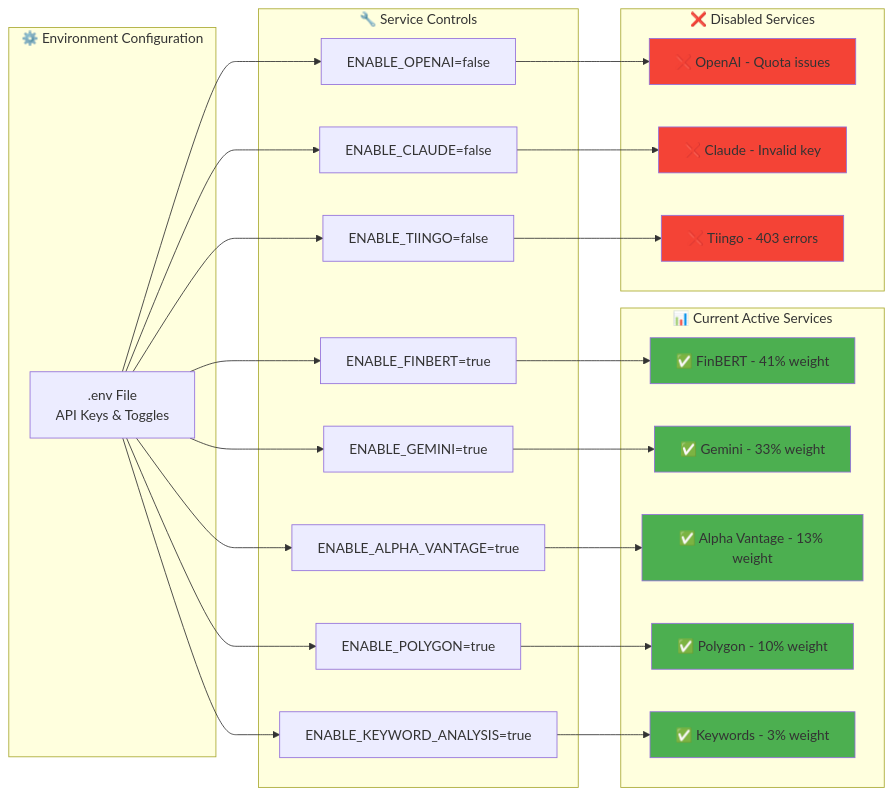
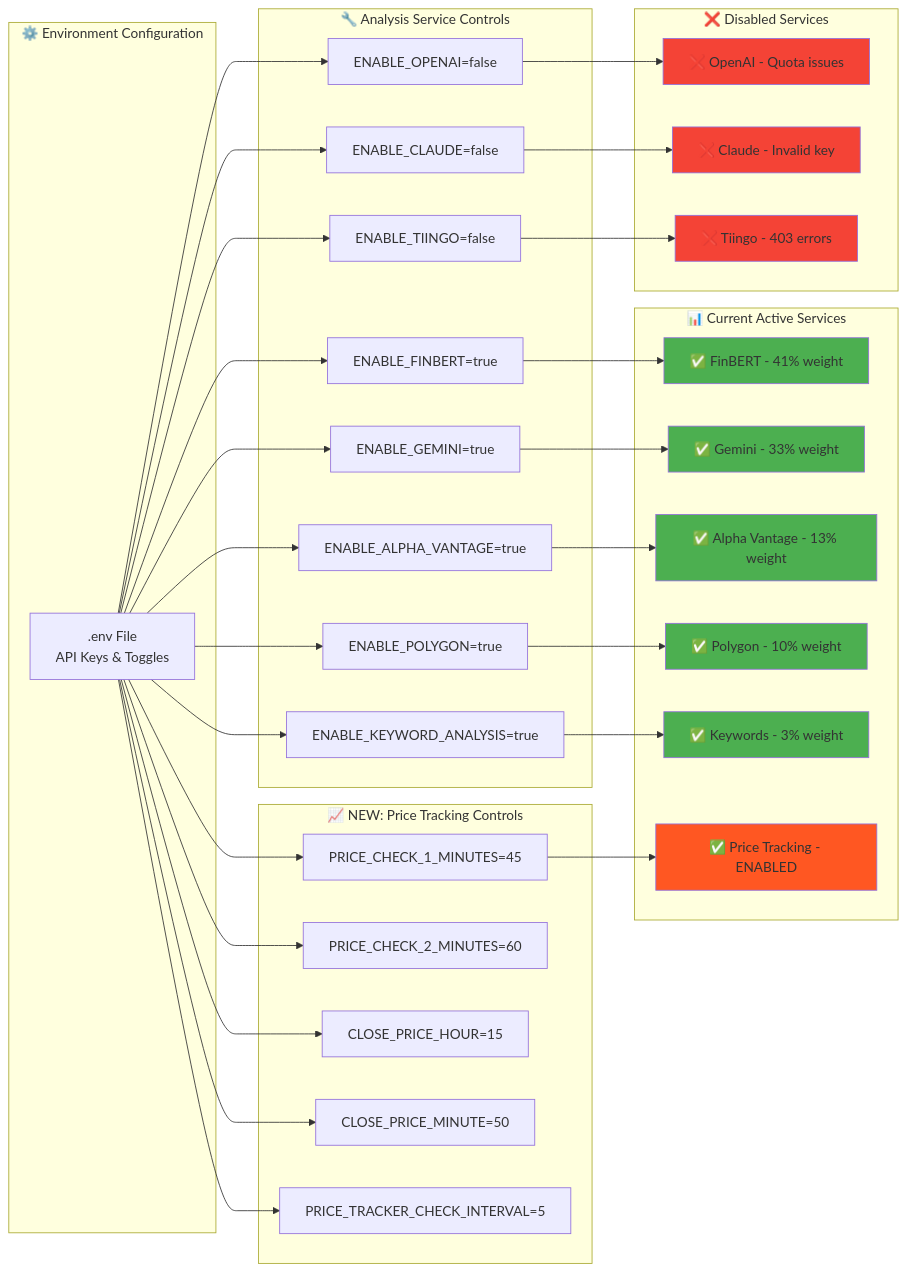
The ninth of 11 diagrams in news_cruncher/README.md (jaygasi/news_analyzer), drawn with Mermaid before and after one commit. The commit also changed other lines of this file and 7 other files, not shown here.

Commit message:
Finalizing changes for v1.3.0-stable-price-tracker

````diff
--- a/news_cruncher/README.md
+++ b/news_cruncher/README.md
@@ -283,59 +411,75 @@
 ```mermaid
 flowchart LR
     subgraph "⚙️ Environment Configuration"
         ENV[.env File<br/>API Keys & Toggles]
     end
     
-    subgraph "🔧 Service Controls"
+    subgraph "🔧 Analysis Service Controls"
         FINBERT[ENABLE_FINBERT=true]
         GEMINI[ENABLE_GEMINI=true]
         OPENAI[ENABLE_OPENAI=false]
         CLAUDE[ENABLE_CLAUDE=false]
         ALPHAV[ENABLE_ALPHA_VANTAGE=true]
         POLYGON[ENABLE_POLYGON=true]
         TIINGO[ENABLE_TIINGO=false]
         KEYWORDS[ENABLE_KEYWORD_ANALYSIS=true]
     end
     
+    subgraph "📈 NEW: Price Tracking Controls"
+        PRICE_CHECK_1[PRICE_CHECK_1_MINUTES=45]
+        PRICE_CHECK_2[PRICE_CHECK_2_MINUTES=60]
+        CLOSE_HOUR[CLOSE_PRICE_HOUR=15]
+        CLOSE_MIN[CLOSE_PRICE_MINUTE=50]
+        CHECK_FREQ[PRICE_TRACKER_CHECK_INTERVAL=5]
+    end
+    
     subgraph "📊 Current Active Services"
         Active1[✅ FinBERT - 41% weight]
         Active2[✅ Gemini - 33% weight]
         Active3[✅ Alpha Vantage - 13% weight]
         Active4[✅ Polygon - 10% weight]
         Active5[✅ Keywords - 3% weight]
+        Active6[✅ Price Tracking - ENABLED]
     end
     
     subgraph "❌ Disabled Services"
         Disabled1[❌ OpenAI - Quota issues]
         Disabled2[❌ Claude - Invalid key]
         Disabled3[❌ Tiingo - 403 errors]
     end
     
     ENV --> FINBERT
     ENV --> GEMINI
     ENV --> OPENAI
     ENV --> CLAUDE
     ENV --> ALPHAV
     ENV --> POLYGON
     ENV --> TIINGO
     ENV --> KEYWORDS
+    ENV --> PRICE_CHECK_1
+    ENV --> PRICE_CHECK_2
+    ENV --> CLOSE_HOUR
+    ENV --> CLOSE_MIN
+    ENV --> CHECK_FREQ
     
     FINBERT --> Active1
     GEMINI --> Active2
     ALPHAV --> Active3
     POLYGON --> Active4
     KEYWORDS --> Active5
+    PRICE_CHECK_1 --> Active6
     
     OPENAI --> Disabled1
     CLAUDE --> Disabled2
     TIINGO --> Disabled3
     
     style Active1 fill:#4caf50
     style Active2 fill:#4caf50
     style Active3 fill:#4caf50
     style Active4 fill:#4caf50
     style Active5 fill:#4caf50
+    style Active6 fill:#ff5722
     style Disabled1 fill:#f44336
     style Disabled2 fill:#f44336
     style Disabled3 fill:#f44336
 ```
````
